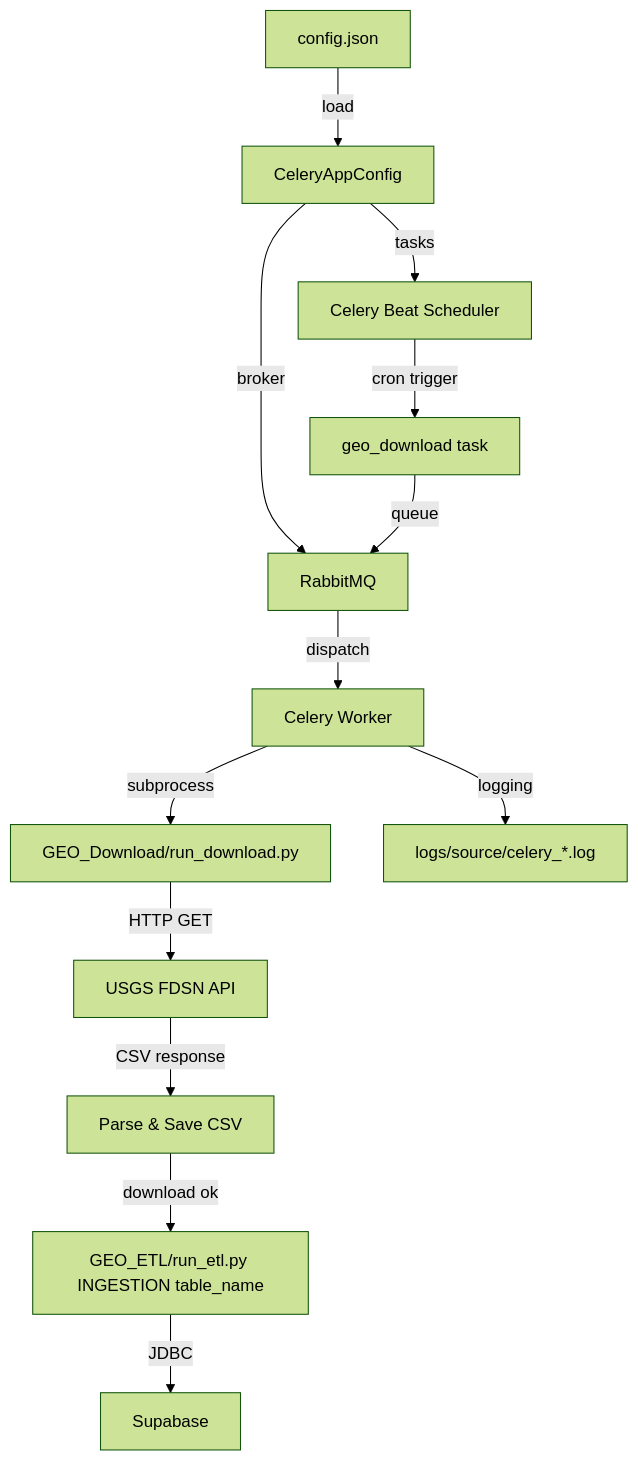
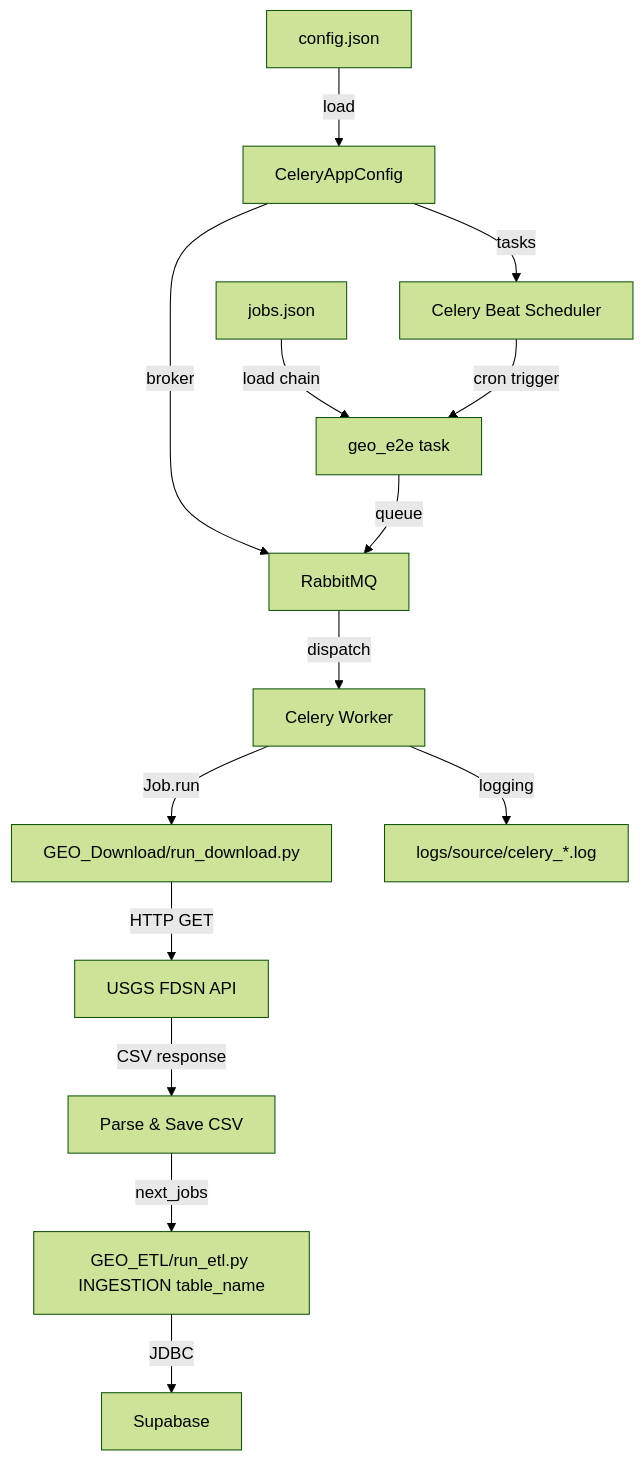
One commit to kaluzny1995/GEO_E2E changed the diagram in README.md. Above: the diagram before and after it, drawn with Mermaid (forest theme). The commit also changed other lines of this file and 8 other files, not shown here.

````diff
--- a/README.md
+++ b/README.md
@@ -28,15 +30,16 @@
 ```mermaid
 flowchart TD
     A[config.json] -->|load| B[CeleryAppConfig]
+    J2[jobs.json] -->|load chain| E
     B -->|broker| C[RabbitMQ]
     B -->|tasks| D[Celery Beat Scheduler]
-    D -->|cron trigger| E[geo_download task]
+    D -->|cron trigger| E[geo_e2e task]
     E -->|queue| C
     C -->|dispatch| F[Celery Worker]
-    F -->|subprocess| G[GEO_Download/run_download.py]
+    F -->|Job.run| G[GEO_Download/run_download.py]
     G -->|HTTP GET| H[USGS FDSN API]
     H -->|CSV response| I[Parse & Save CSV]
-    I -->|download ok| K[GEO_ETL/run_etl.py INGESTION table_name]
+    I -->|next_jobs| K[GEO_ETL/run_etl.py INGESTION table_name]
     K -->|JDBC| L[Supabase]
     F -->|logging| J[logs/source/celery_*.log]
 ```
````
